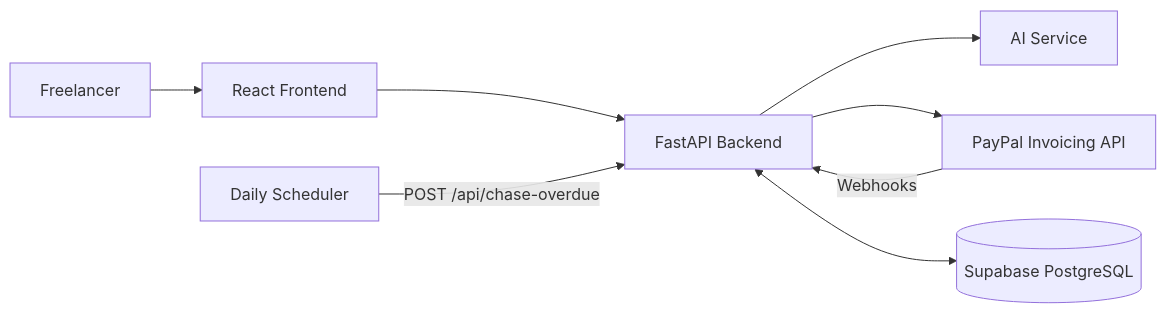
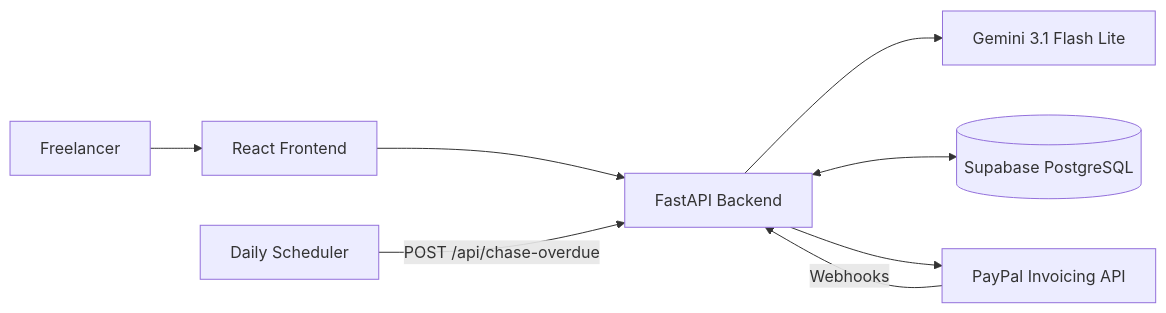
The diagram in README.md (anuragshukla8416-gif/BahiKhata-The-AI-invoicing-assistant), drawn with Mermaid before and after one commit. The commit also changed other lines of this file, not shown here.

````diff
--- a/README.md
+++ b/README.md
@@ -20,10 +34,10 @@
 ```mermaid
 flowchart LR
     U[Freelancer] --> FE[React Frontend]
     FE --> API[FastAPI Backend]
-    API --> AI[AI Service]
+    API --> AI[Gemini 3.1 Flash Lite]
+    API <--> DB[(Supabase PostgreSQL)]
     API --> PP[PayPal Invoicing API]
     PP -->|Webhooks| API
-    API <--> DB[(Supabase PostgreSQL)]
     CRON[Daily Scheduler] -->|POST /api/chase-overdue| API
 ```
````
